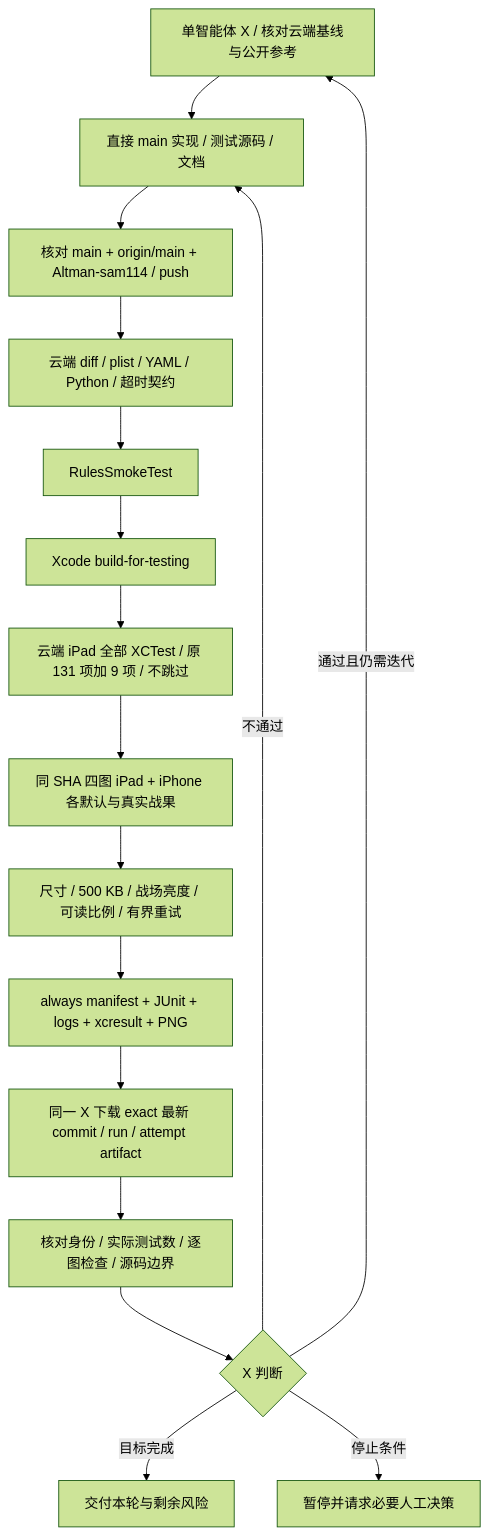
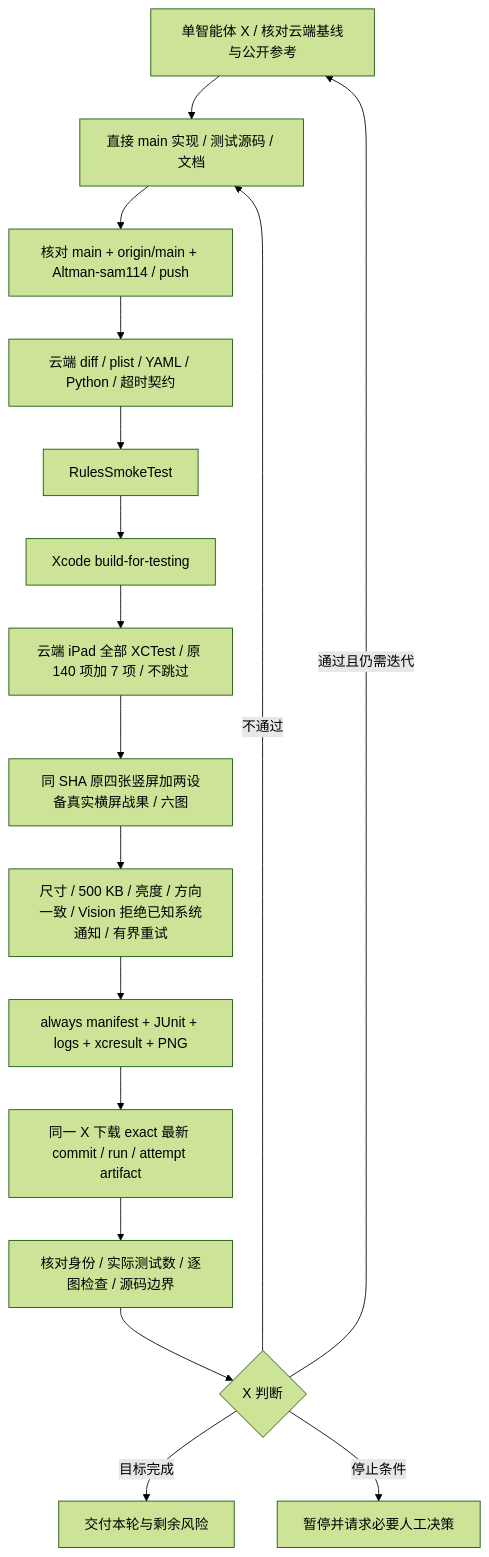
The third of 3 diagrams in md/flow/flowchart.md (Altman-sam114/116), drawn with Mermaid (forest theme) before and after one commit. The commit also changed other lines of this file and 28 other files, not shown here.

````diff
--- a/md/flow/flowchart.md
+++ b/md/flow/flowchart.md
@@ -62,19 +63,19 @@
 ```mermaid
 flowchart TD
     X[单智能体 X / 核对云端基线与公开参考] --> Implement[直接 main 实现 / 测试源码 / 文档]
     Implement --> Push[核对 main + origin/main + Altman-sam114 / push]
     Push --> Static[云端 diff / plist / YAML / Python / 超时契约]
     Static --> Smoke[RulesSmokeTest]
     Smoke --> Build[Xcode build-for-testing]
-    Build --> XCTest[云端 iPad 全部 XCTest / 原 131 项加 9 项 / 不跳过]
-    XCTest --> Four[同 SHA 四图 iPad + iPhone 各默认与真实战果]
-    Four --> Gates[尺寸 / 500 KB / 战场亮度 / 可读比例 / 有界重试]
+    Build --> XCTest[云端 iPad 全部 XCTest / 原 140 项加 7 项 / 不跳过]
+    XCTest --> Six[同 SHA 原四张竖屏加两设备真实横屏战果 / 六图]
+    Six --> Gates[尺寸 / 500 KB / 亮度 / 方向一致 / Vision 拒绝已知系统通知 / 有界重试]
     Gates --> Package[always manifest + JUnit + logs + xcresult + PNG]
     Package --> Download[同一 X 下载 exact 最新 commit / run / attempt artifact]
     Download --> Review[核对身份 / 实际测试数 / 逐图检查 / 源码边界]
     Review --> Decision{X 判断}
     Decision -->|通过且仍需迭代| X
     Decision -->|不通过| Implement
     Decision -->|目标完成| Done[交付本轮与剩余风险]
     Decision -->|停止条件| Stop[暂停并请求必要人工决策]
 ```
````
